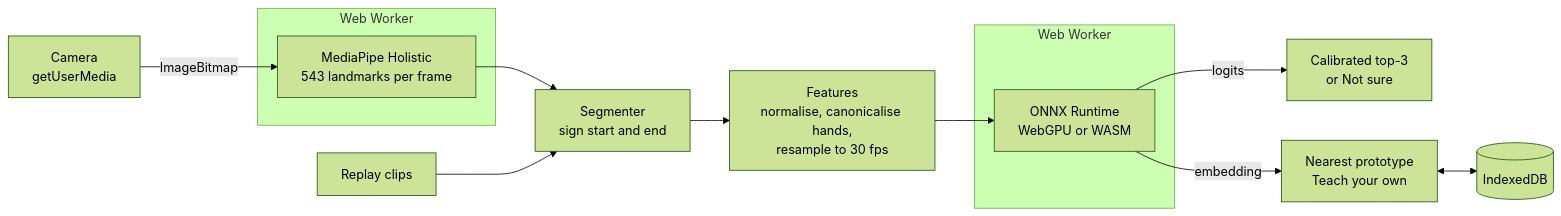
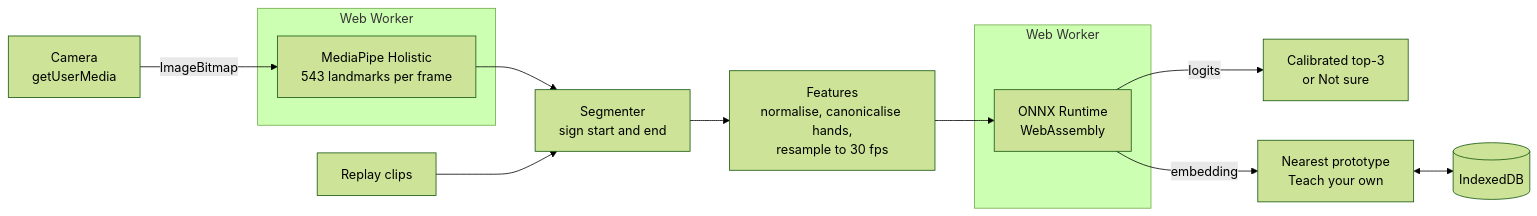
Before and after one commit to shashank11yadav/GestureSign: the first of 2 diagrams in README.md, drawn with Mermaid (forest theme). The commit also changed other lines of this file and 2 other files, not shown here.

First line of the commit message:
docs: final README with held-out results, model card and a Replay demo GIF

````diff
--- a/README.md
+++ b/README.md
@@ -33,17 +27,17 @@
 ```mermaid
 flowchart LR
   cam[Camera<br/>getUserMedia] -->|ImageBitmap| mp
   subgraph tracker [Web Worker]
     mp[MediaPipe Holistic<br/>543 landmarks per frame]
   end
   mp --> seg[Segmenter<br/>sign start and end]
   replay[Replay clips] --> seg
   seg --> feat[Features<br/>normalise, canonicalise hands,<br/>resample to 30 fps]
   feat --> model
   subgraph inference [Web Worker]
-    model[ONNX Runtime<br/>WebGPU or WASM]
+    model[ONNX Runtime<br/>WebAssembly]
   end
   model -->|logits| decide[Calibrated top-3<br/>or Not sure]
   model -->|embedding| teach[Nearest prototype<br/>Teach your own]
   teach <--> idb[(IndexedDB)]
 ```
````
